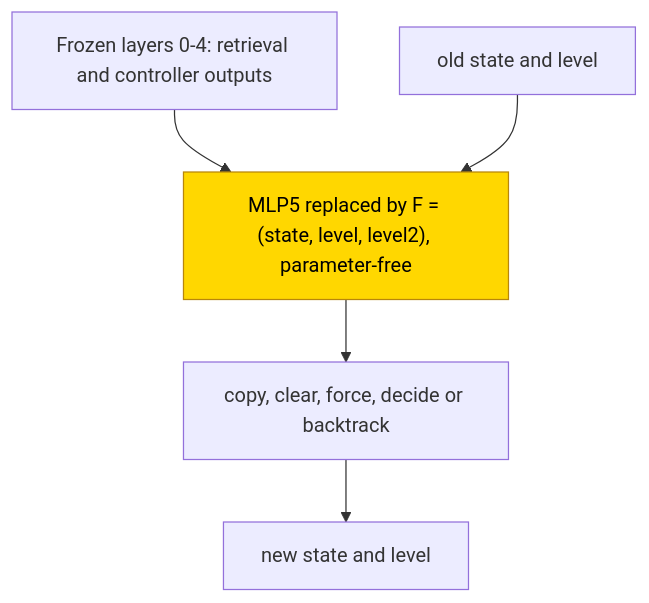
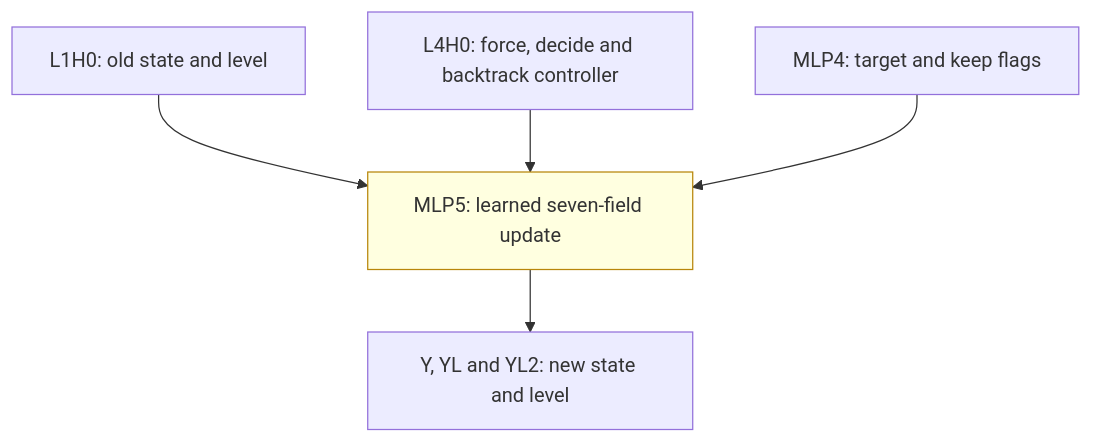
Before and after one commit to jc1122/mechanistic-interpretability-circuit-atlas: the second of 2 diagrams in entries/dpll-search.md, drawn with Mermaid. The commit also changed other lines of this file and 54 other files, not shown here.

````diff
--- a/entries/dpll-search.md
+++ b/entries/dpll-search.md
@@ -219,9 +131,9 @@
 ```mermaid
 flowchart TD
-    R["Frozen layers 0-4: retrieval and controller outputs"] --> F["MLP5 replaced by F = (state, level, level2), parameter-free"]
-    O["old state and level"] --> F
-    F --> A1["copy, clear, force, decide or backtrack"]
-    A1 --> N["new state and level"]
-    classDef trained fill:gold,stroke:darkgoldenrod,color:black
-    class F trained
+  A["L1H0: old state and level"] --> D["MLP5: learned seven-field update"]
+  B["L4H0: force, decide and backtrack controller"] --> D
+  C["MLP4: target and keep flags"] --> D
+  D --> E["Y, YL and YL2: new state and level"]
+  classDef trained fill:lightyellow,stroke:darkgoldenrod
+  class D trained
 ```
````
